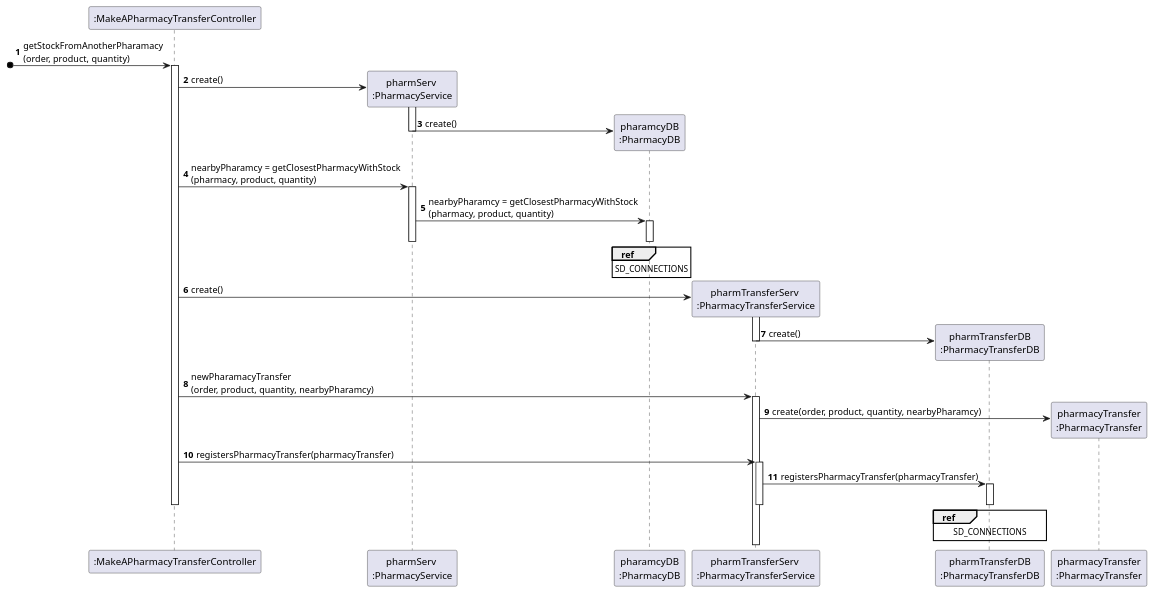
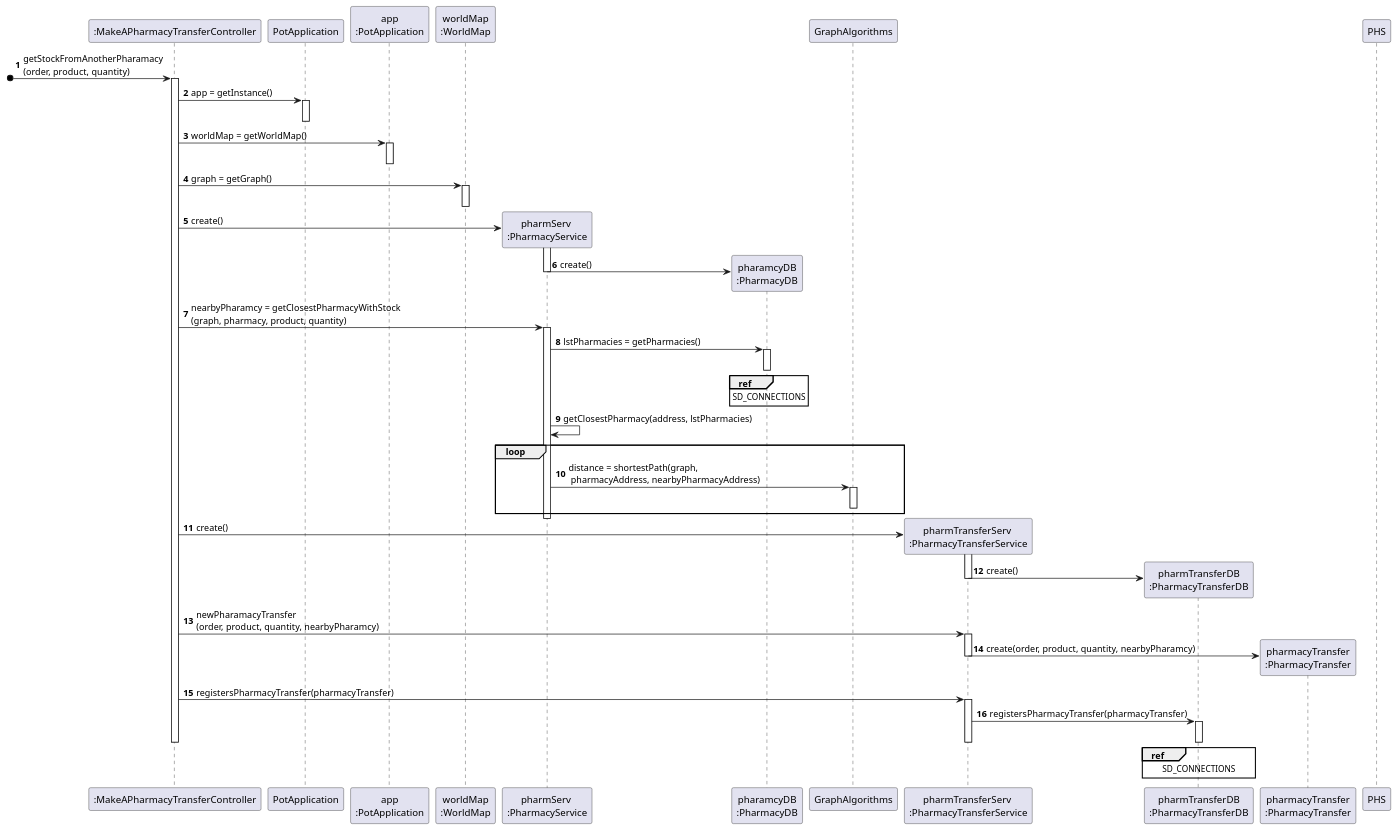
Before and after one commit to tiagoavcosta25/LAPR3: the diagram in docs/Iteration 3/Pharmacy Management/Refinement/US200_MakeAPharmacyTransfer/US200_SD.puml, drawn with PlantUML. The commit also changed 3 other files, not shown here.

```diff
--- a/docs/Iteration 3/Pharmacy Management/Refinement/US200_MakeAPharmacyTransfer/US200_SD.puml
+++ b/docs/Iteration 3/Pharmacy Management/Refinement/US200_MakeAPharmacyTransfer/US200_SD.puml
@@ -1,47 +1,69 @@
 @startuml
 autonumber
 participant ":MakeAPharmacyTransferController" as CTRL
+participant "PotApplication" as _APP
+participant "app\n:PotApplication" as APP
+participant "worldMap\n:WorldMap" as WM
 participant "pharmServ \n:PharmacyService" as PS
 participant "pharamcyDB\n:PharmacyDB" as PDB
+participant "GraphAlgorithms" as GA
 participant "pharmTransferServ \n:PharmacyTransferService" as PTS
 participant "pharmTransferDB\n:PharmacyTransferDB" as PTDB
 participant "pharmacyTransfer\n:PharmacyTransfer" as PT
 
 [o-> CTRL : getStockFromAnotherPharamacy\n(order, product, quantity)
 activate CTRL
+CTRL -> _APP: app = getInstance()
+activate _APP
+deactivate _APP
+CTRL -> APP: worldMap = getWorldMap()
+activate APP
+deactivate APP
+
+CTRL -> WM: graph = getGraph()
+activate WM
+deactivate WM
 CTRL -> PS** : create()
 activate PS
 PS -> PDB** : create()
 deactivate PS
-CTRL -> PS : nearbyPharamcy = getClosestPharmacyWithStock\n(pharmacy, product, quantity)
+CTRL -> PS : nearbyPharamcy = getClosestPharmacyWithStock\n(graph, pharmacy, product, quantity)
 activate PS
-PS -> PDB : nearbyPharamcy = getClosestPharmacyWithStock\n(pharmacy, product, quantity)
+PS -> PDB : lstPharmacies = getPharmacies()
 activate PDB
 ref over PDB
 SD_CONNECTIONS
 end ref
 deactivate PDB
+PS -> PS : getClosestPharmacy(address, lstPharmacies)
+loop
+PS -> GA : distance = shortestPath(graph,\n pharmacyAddress, nearbyPharmacyAddress)
+activate GA
+deactivate GA
+end loop
+deactivate PHS
 deactivate PS
 
 CTRL -> PTS** : create()
 activate PTS
 PTS -> PTDB** : create()
 deactivate PTS
 
 CTRL -> PTS : newPharamacyTransfer\n(order, product, quantity, nearbyPharamcy)
 activate PTS
 PTS -> PT** : create(order, product, quantity, nearbyPharamcy)
 deactivate PS
+deactivate PTS
 
 CTRL -> PTS : registersPharmacyTransfer(pharmacyTransfer)
 activate PTS
 PTS -> PTDB : registersPharmacyTransfer(pharmacyTransfer)
 activate PTDB
 ref over PTDB
 SD_CONNECTIONS
 end ref
 deactivate PTDB
 deactivate PTS
 deactivate CTRL
 
 @enduml
```
